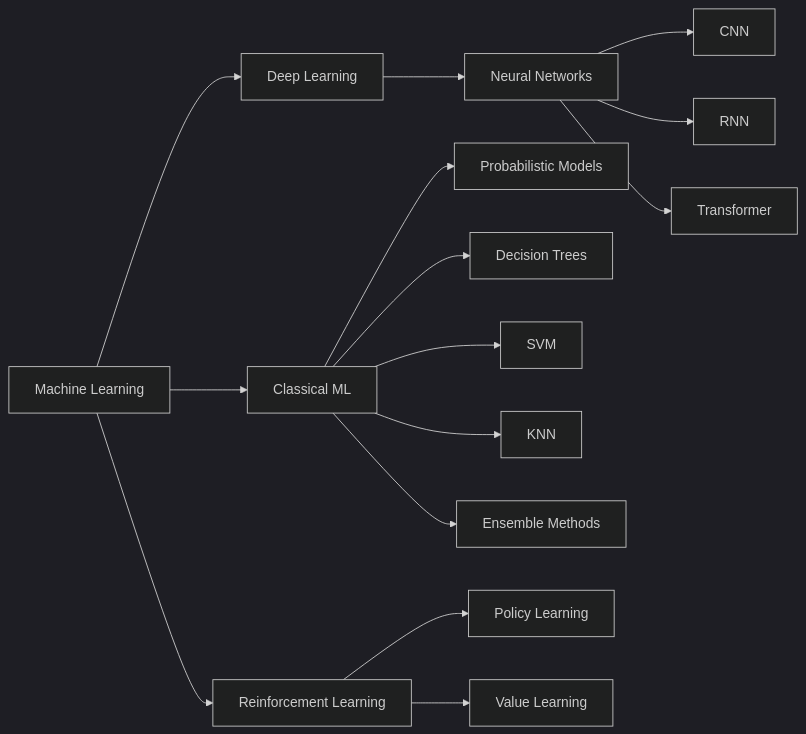
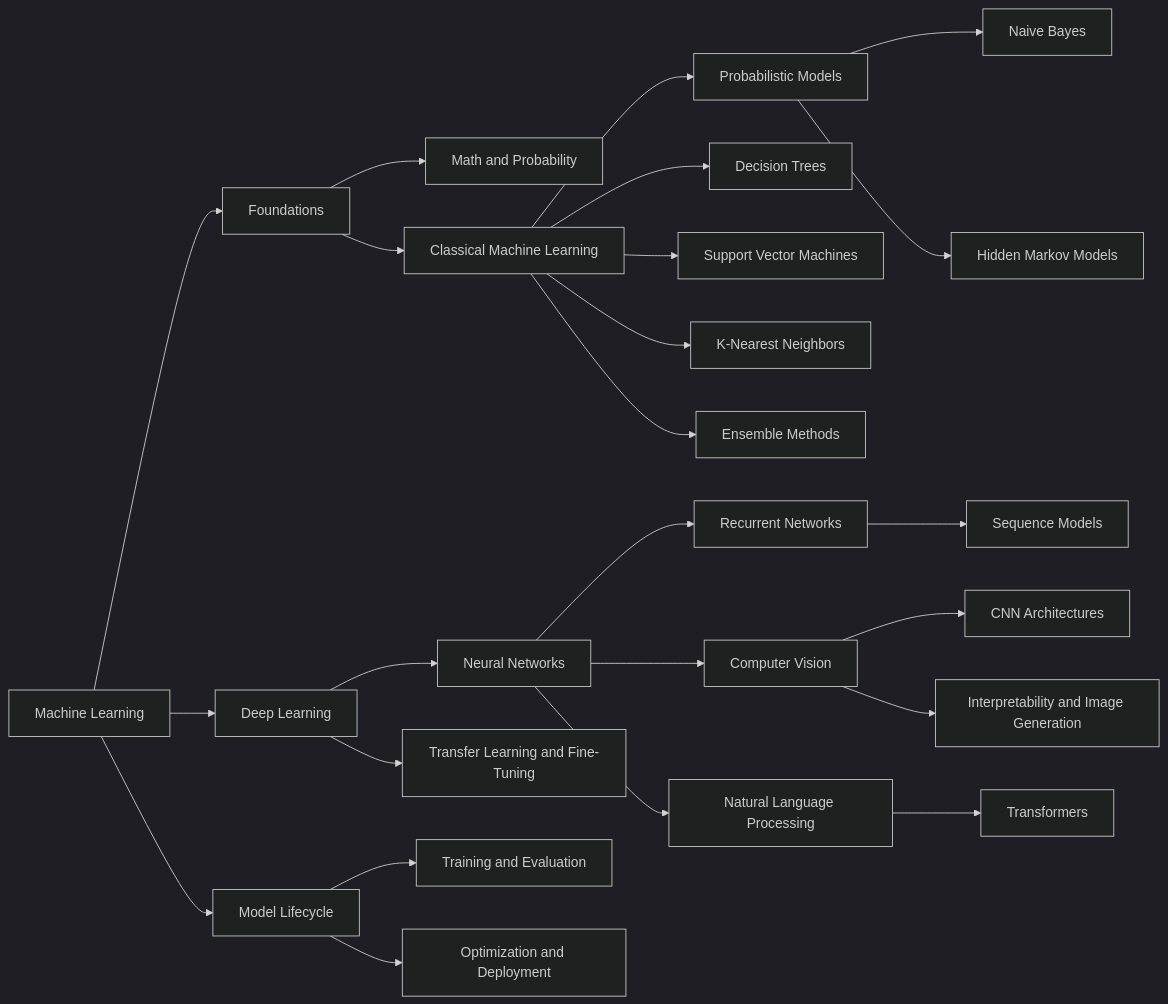
Before and after one commit to MaxApp/deeplearning: the diagram in README.md, drawn with Mermaid (dark theme). The commit also changed other lines of this file, not shown here.

````diff
--- a/README.md
+++ b/README.md
@@ -25,21 +24,29 @@
 ```mermaid
 flowchart LR
     ML[Machine Learning]
+    ML --> F[Foundations]
+    F --> M[Math and Probability]
+    F --> CML[Classical Machine Learning]
+    CML --> PM[Probabilistic Models]
+    PM --> NB[Naive Bayes]
+    PM --> HMM[Hidden Markov Models]
+    CML --> DT[Decision Trees]
+    CML --> SVM[Support Vector Machines]
+    CML --> KNN[K-Nearest Neighbors]
+    CML --> ENS[Ensemble Methods]
+
     ML --> DL[Deep Learning]
-    ML --> CL[Classical ML]
-    ML --> RL[Reinforcement Learning]
+    DL --> NN[Neural Networks]
+    NN --> RNN[Recurrent Networks]
+    RNN --> SEQ[Sequence Models]
+    NN --> CV[Computer Vision]
+    CV --> CNN[CNN Architectures]
+    CV --> VI[Interpretability and Image Generation]
+    NN --> NLP[Natural Language Processing]
+    NLP --> TF[Transformers]
 
-    DL --> NN[Neural Networks]
-    NN --> CNN[CNN]
-    NN --> RNN[RNN]
-    NN --> TF[Transformer]
-
-    CL --> PM[Probabilistic Models]
-    CL --> DT[Decision Trees]
-    CL --> SVM[SVM]
-    CL --> KNN[KNN]
-    CL --> ENS[Ensemble Methods]
-
-    RL --> PL[Policy Learning]
-    RL --> VL[Value Learning]
+    DL --> ADAPT[Transfer Learning and Fine-Tuning]
+    ML --> LIFE[Model Lifecycle]
+    LIFE --> TE[Training and Evaluation]
+    LIFE --> OD[Optimization and Deployment]
 ```
````
